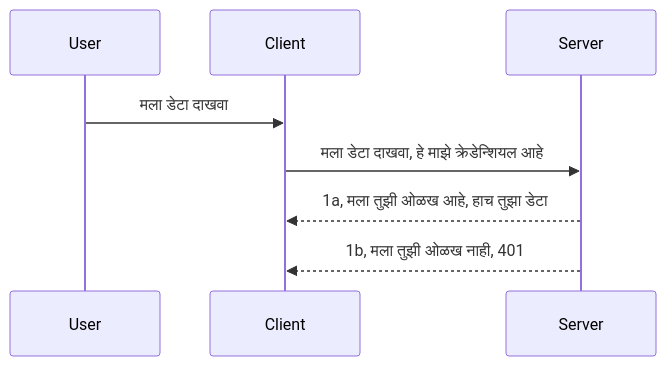
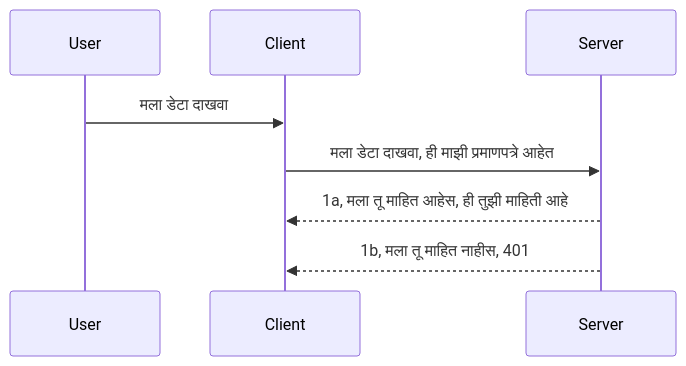
Before and after one commit to HIDORAKAI002/ai-workspace-archive: the diagram in mcp_ecosystem__model_context_protocol/mcp_learning_resources/mcp-for-beginners/translations/mr/03-GettingStarted/11-simple-auth/README.md, drawn with Mermaid. The commit also changed other lines of this file and 1046 other files, not shown here.

````diff
--- a/mcp_ecosystem__model_context_protocol/mcp_learning_resources/mcp-for-beginners/translations/mr/03-GettingStarted/11-simple-auth/README.md
+++ b/mcp_ecosystem__model_context_protocol/mcp_learning_resources/mcp-for-beginners/translations/mr/03-GettingStarted/11-simple-auth/README.md
@@ -24,11 +24,11 @@
 ```mermaid
 sequenceDiagram
    participant User
    participant Client
    participant Server
 
    User->>Client: मला डेटा दाखवा
-   Client->>Server: मला डेटा दाखवा, हे माझे क्रेडेन्शियल आहे
-   Server-->>Client: 1a, मला तुझी ओळख आहे, हाच तुझा डेटा
-   Server-->>Client: 1b, मला तुझी ओळख नाही, 401 
+   Client->>Server: मला डेटा दाखवा, ही माझी प्रमाणपत्रे आहेत
+   Server-->>Client: 1a, मला तू माहित आहेस, ही तुझी माहिती आहे
+   Server-->>Client: 1b, मला तू माहित नाहीस, 401 
 ```
````
